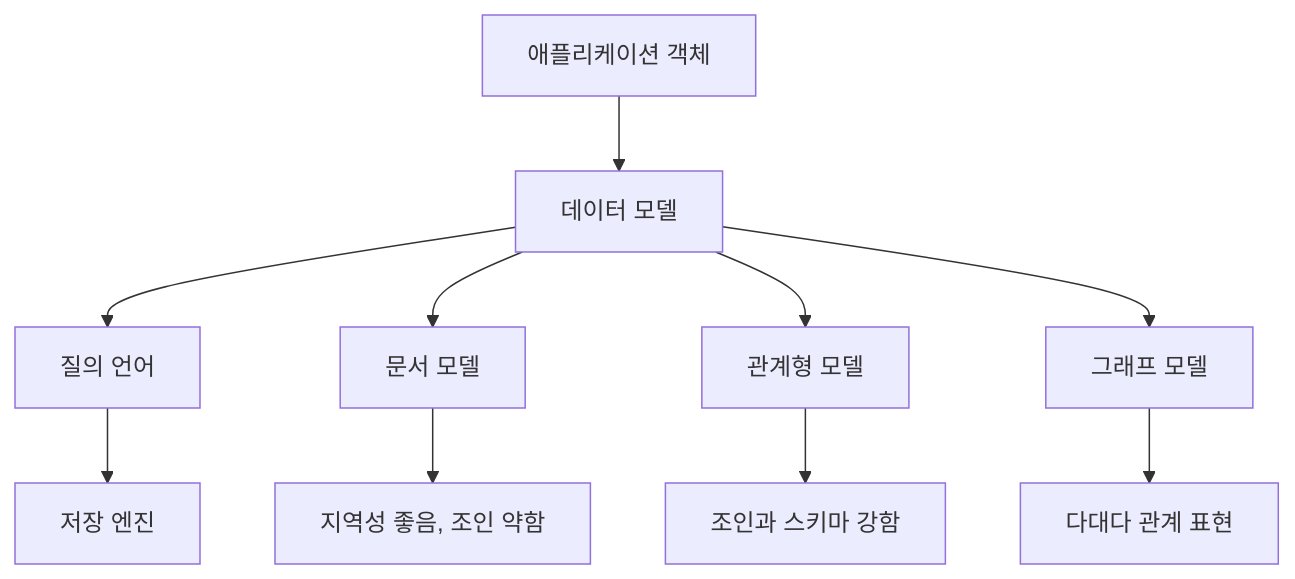
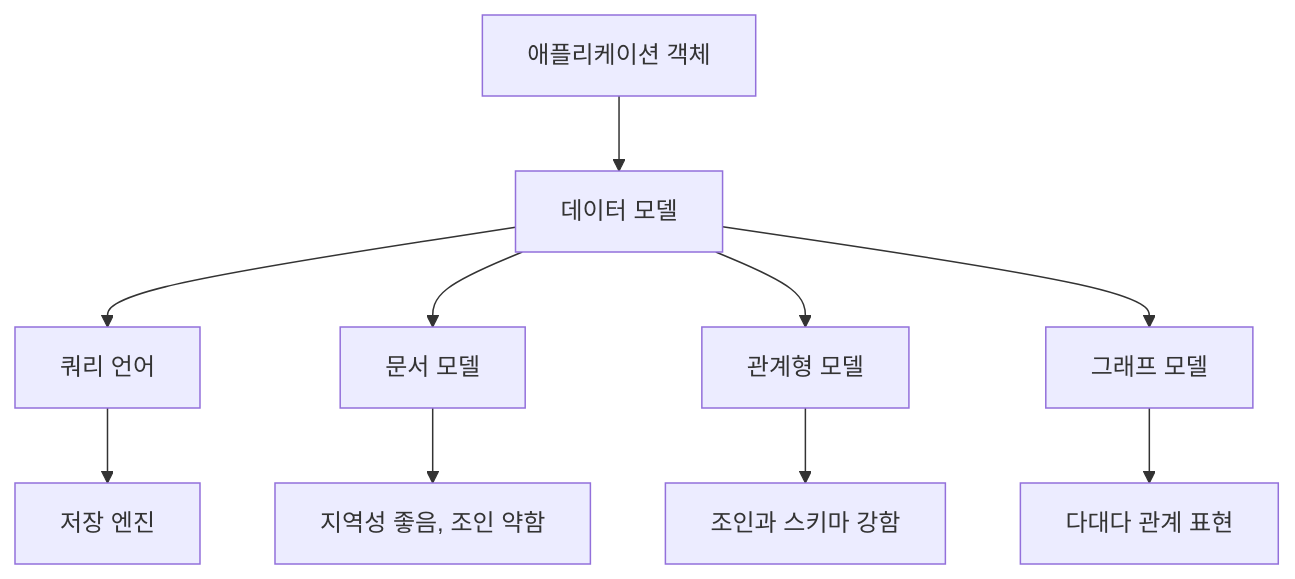
The second of 12 diagrams in _wiki/designing-data-intensive-applications.md (currenjin/currenjin.github.io), drawn with Mermaid before and after one commit. The commit also changed other lines of this file, not shown here.

````diff
--- a/_wiki/designing-data-intensive-applications.md
+++ b/_wiki/designing-data-intensive-applications.md
@@ -115,12 +115,12 @@
 ```mermaid
 flowchart TD
   A["애플리케이션 객체"] --> B["데이터 모델"]
-  B --> C["질의 언어"]
+  B --> C["쿼리 언어"]
   C --> D["저장 엔진"]
   B --> E["문서 모델"]
   B --> F["관계형 모델"]
   B --> G["그래프 모델"]
   E --> H["지역성 좋음, 조인 약함"]
   F --> I["조인과 스키마 강함"]
   G --> J["다대다 관계 표현"]
 ```
````
